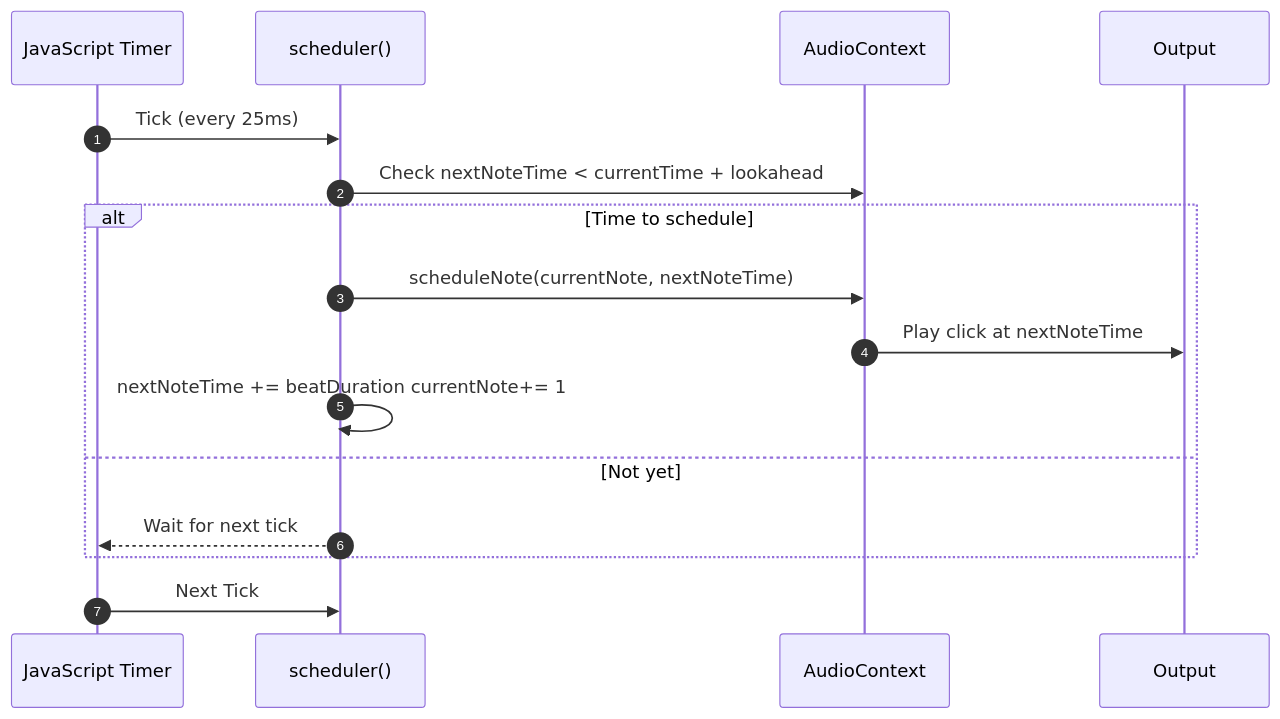
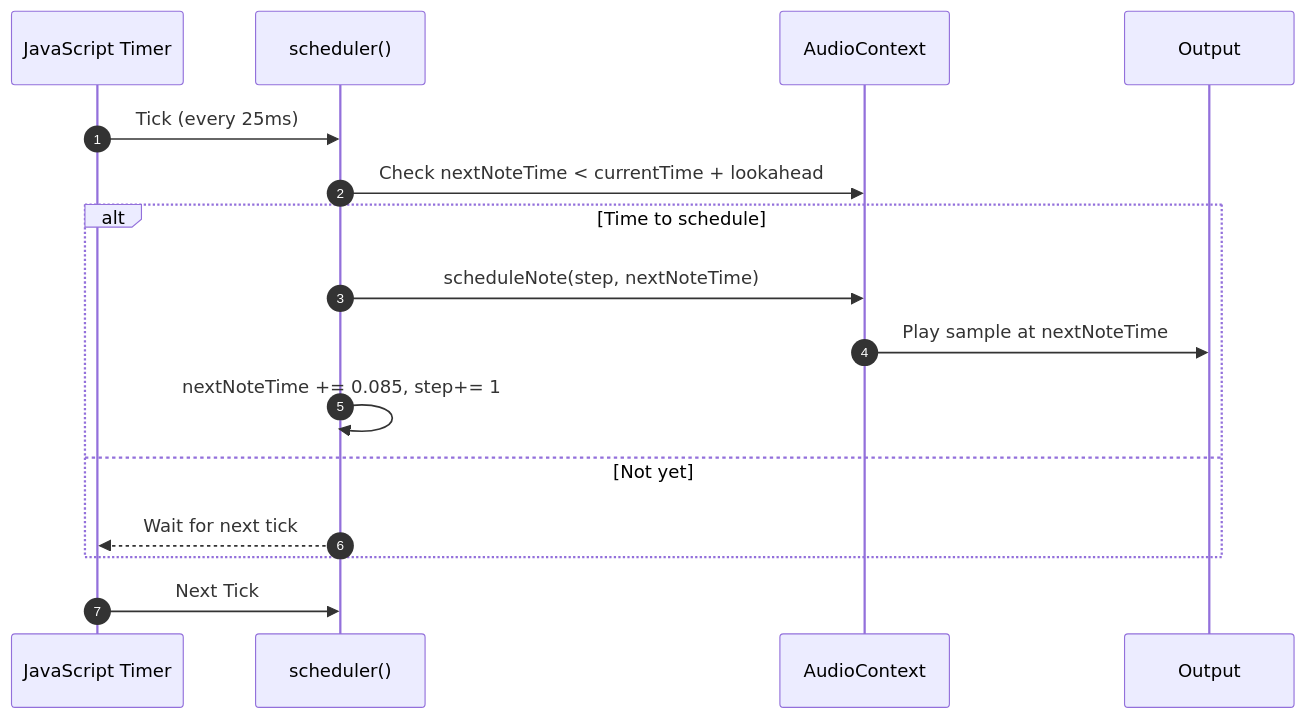
Before and after one commit to Babali42/JavascriptMakesSoundInRythmSlides: the second of 2 diagrams in slides.md, drawn with Mermaid. The commit also changed other lines of this file, not shown here.

````diff
--- a/slides.md
+++ b/slides.md
@@ -244,19 +249,19 @@
 ```mermaid
 sequenceDiagram
     autonumber
     participant JS as JavaScript Timer
     participant Scheduler as scheduler()
     participant Audio as AudioContext
     participant Speaker as Output
     
     JS->>Scheduler: Tick (every 25ms)
     Scheduler->>Audio: Check nextNoteTime < currentTime + lookahead
     alt Time to schedule
-        Scheduler->>Audio: scheduleNote(currentNote, nextNoteTime)
-        Audio->>Speaker: Play click at nextNoteTime
-        Scheduler->>Scheduler: nextNoteTime += beatDuration currentNote+= 1
+        Scheduler->>Audio: scheduleNote(step, nextNoteTime)
+        Audio->>Speaker: Play sample at nextNoteTime
+        Scheduler->>Scheduler: nextNoteTime += 0.085,    step+= 1
     else Not yet
         Scheduler-->>JS: Wait for next tick
     end
     JS->>Scheduler: Next Tick
 ```
````
